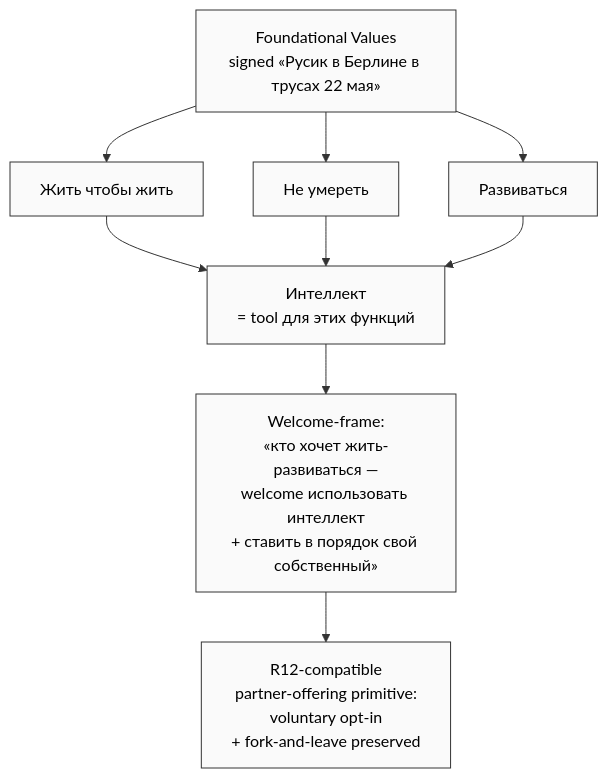
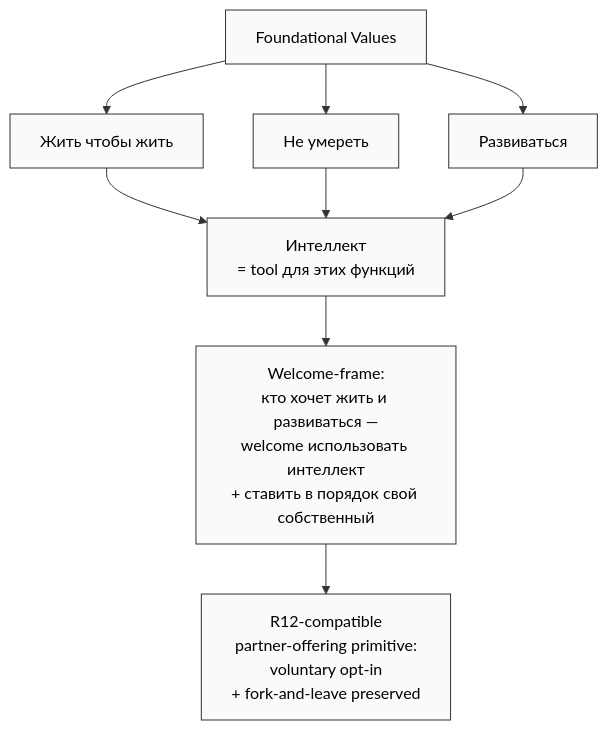
The fifth of 7 diagrams in decisions/strategic/JETIX-NAVIGATION-GUIDE-2026-05-22-DRAFT.md (Bogersebekov/jetix-os), drawn with Mermaid before and after one commit. The commit also changed other lines of this file, not shown here.

````diff
--- a/decisions/strategic/JETIX-NAVIGATION-GUIDE-2026-05-22-DRAFT.md
+++ b/decisions/strategic/JETIX-NAVIGATION-GUIDE-2026-05-22-DRAFT.md
@@ -424,13 +386,13 @@
 ```mermaid
 %%{init: {'theme':'base','themeVariables':{'primaryTextColor':'#000','textColor':'#000','lineColor':'#333','primaryBorderColor':'#333','primaryColor':'#fafafa'}}}%%
 graph TD
-    Values[Foundational Values<br/>signed «Русик в Берлине в трусах 22 мая»]
+    Values[Foundational Values]
     Values --> V1[Жить чтобы жить]
     Values --> V2[Не умереть]
     Values --> V3[Развиваться]
     V1 --> Intellect[Интеллект<br/>= tool для этих функций]
     V2 --> Intellect
     V3 --> Intellect
-    Intellect --> Welcome[Welcome-frame:<br/>«кто хочет жить-развиваться —<br/>welcome использовать интеллект<br/>+ ставить в порядок свой собственный»]
+    Intellect --> Welcome[Welcome-frame:<br/>кто хочет жить и развиваться —<br/>welcome использовать интеллект<br/>+ ставить в порядок свой собственный]
     Welcome --> R12_compat[R12-compatible<br/>partner-offering primitive:<br/>voluntary opt-in<br/>+ fork-and-leave preserved]
 ```
````
